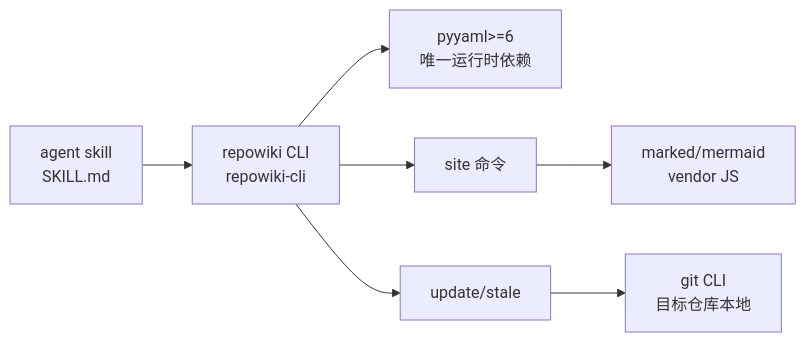
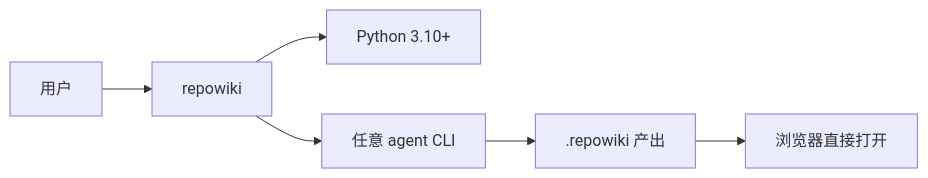
Before and after one commit to luomsis/repowiki: the second of 2 diagrams in .repowiki/zh/content/快速开始.md, drawn with Mermaid. The commit also changed other lines of this file and 100 other files, not shown here.

````diff
--- a/.repowiki/zh/content/快速开始.md
+++ b/.repowiki/zh/content/快速开始.md
@@ -167,9 +109,8 @@
 ```mermaid
 graph LR
-CLI["repowiki CLI<br/>repowiki-cli"] --> YAML["pyyaml>=6<br/>唯一运行时依赖"]
-SKILL["agent skill<br/>SKILL.md"] --> CLI
-SITE["site 命令"] --> VENDOR["marked/mermaid<br/>vendor JS"]
-UPDATE["update/stale"] --> GIT["git CLI<br/>目标仓库本地"]
-CLI --> SITE
-CLI --> UPDATE
+U["用户"] --> CLI["repowiki"]
+CLI --> PY["Python 3.10+"]
+CLI --> A["任意 agent CLI"]
+A --> OUT[".repowiki 产出"]
+OUT --> B["浏览器直接打开"]
 ```
````
